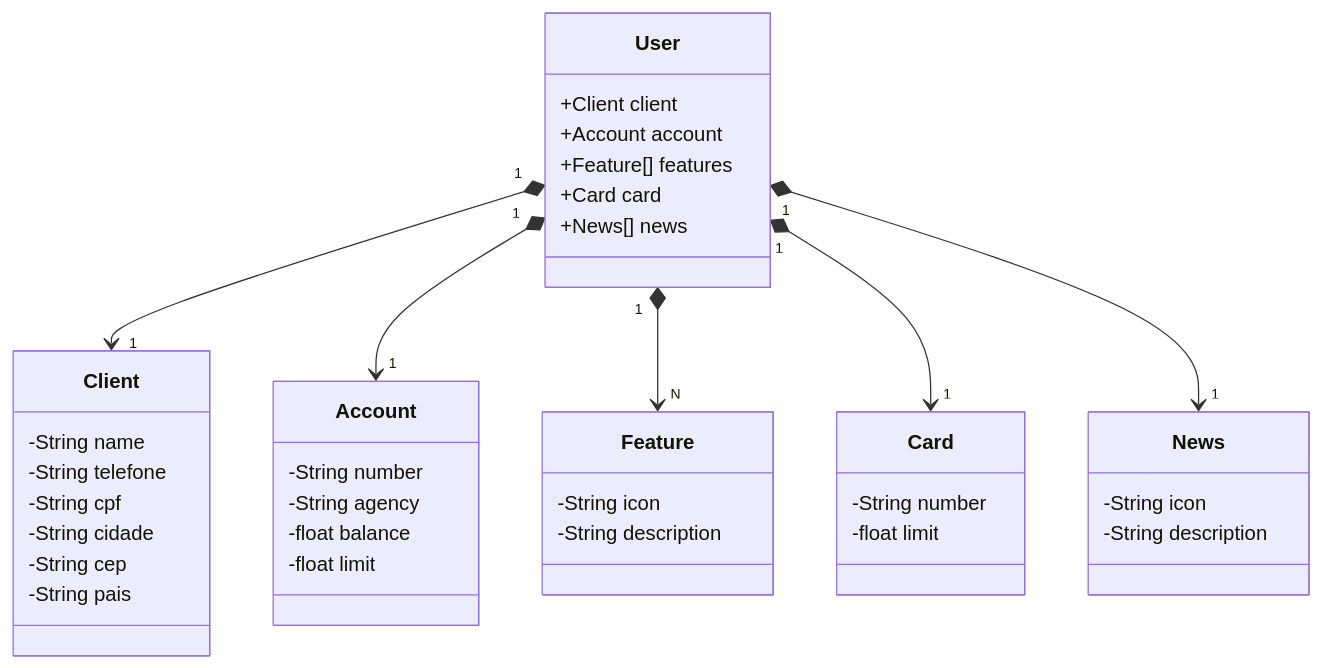
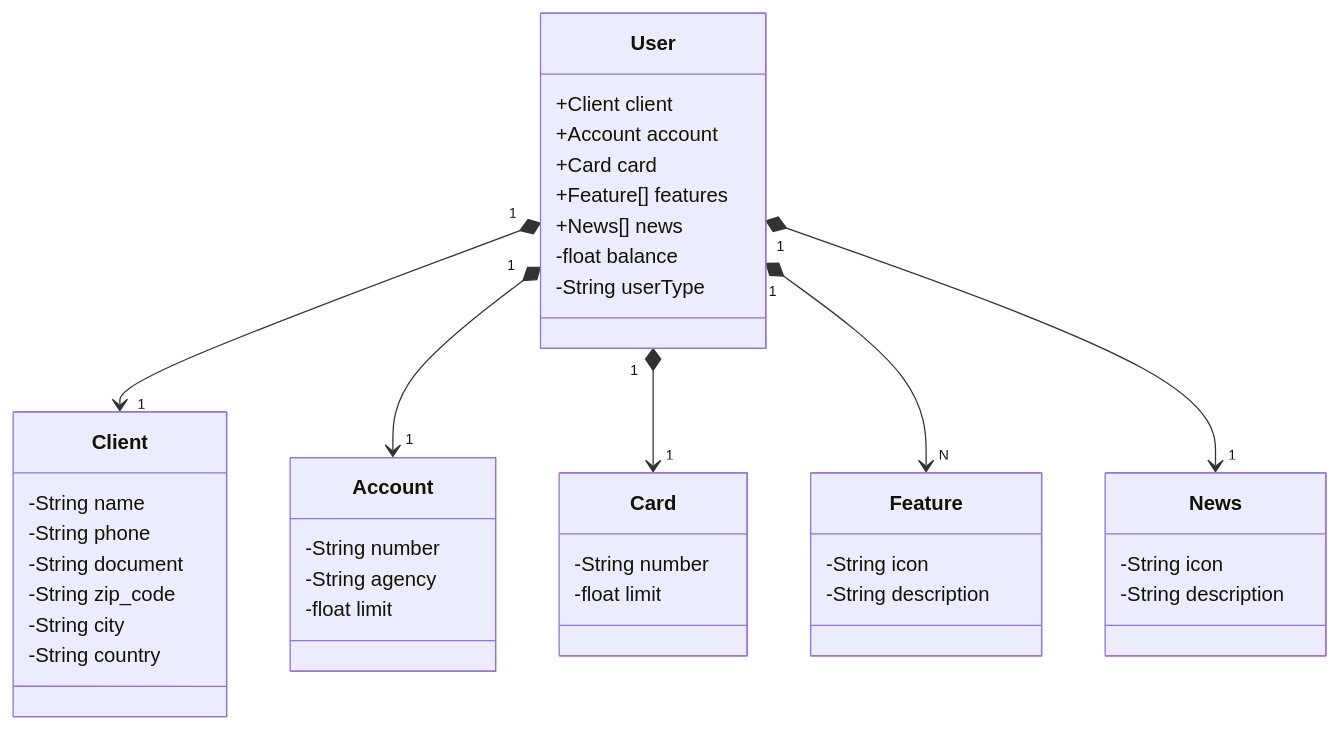
The diagram in README.md (psantiago20/api-final-sdw-2024), drawn with Mermaid before and after one commit. The commit also changed other lines of this file, not shown here.

Commit message:
Atualização README.md

````diff
--- a/README.md
+++ b/README.md
@@ -6,47 +11,48 @@
 ```mermaid
 classDiagram
     class User {
         +Client client
         +Account account
+        +Card card
         +Feature[] features
-        +Card card
         +News[] news
+        -float balance
+        -String userType
     }
 
     class Client {
         -String name
-        -String telefone
-        -String cpf
-        -String cidade
-        -String cep
-        -String pais
+        -String phone
+        -String document
+        -String zip_code
+        -String city
+        -String country
     }
 
     class Account {
         -String number
         -String agency
-        -float balance
+        -float limit
+    }
+
+    class Card {
+        -String number
         -float limit
     }
 
     class Feature {
         -String icon
         -String description
-    }
-
-    class Card {
-        -String number
-        -float limit
     }
 
     class News {
         -String icon
         -String description
     }
 
     User "1" *--> "1" Client
     User "1" *--> "1" Account
+    User "1" *--> "1" Card
     User "1" *--> "N" Feature
-    User "1" *--> "1" Card
     User "1" *--> "1" News
 ```
````
